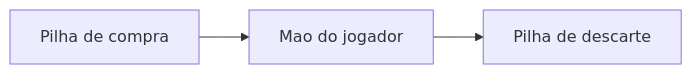
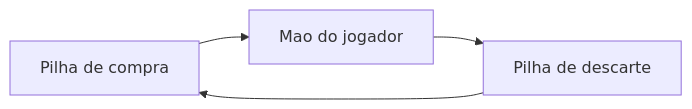
The diagram in README.md (btretto03/MC322), drawn with Mermaid before and after one commit. The commit also changed 5 other files, not shown here.

````diff
--- a/README.md
+++ b/README.md
@@ -24,9 +24,10 @@
 ```mermaid
 flowchart LR
     id1["Pilha de compra"] 
     id2["Mao do jogador"]
     id3["Pilha de descarte"]
 
     id1 --> id2
     id2 --> id3
+    id3 --> id1
 ```  
````
